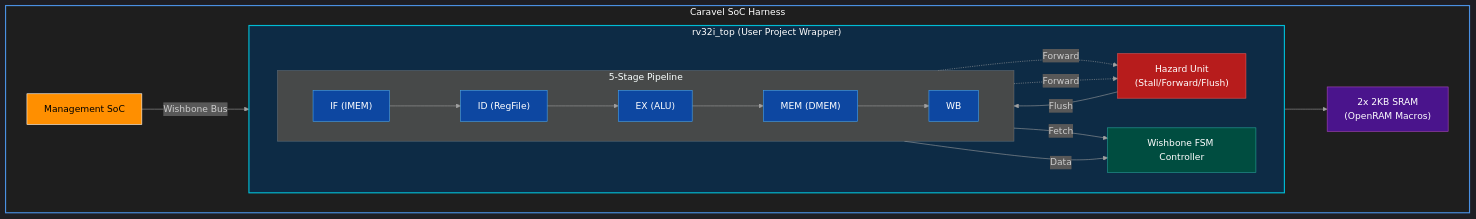
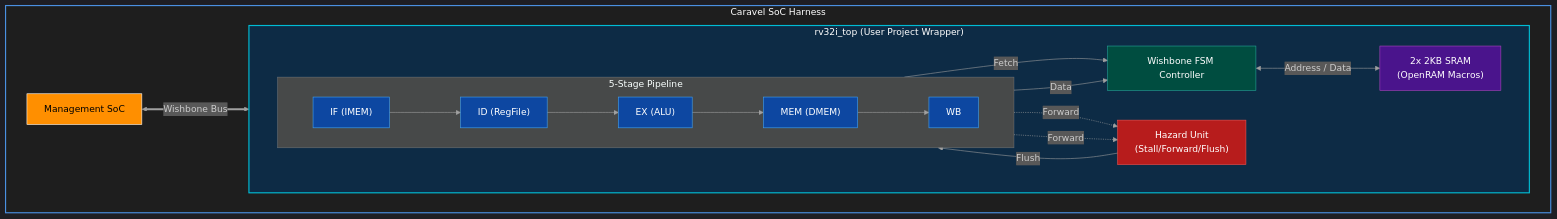
Before and after one commit to dkolhe21/rv32i_5stage: the diagram in README.md, drawn with Mermaid. The commit also changed 1 other file, not shown here.

Commit message:
docs: fix Mermaid diagram to correctly place SRAM macros inside the user project wrapper

````diff
--- a/README.md
+++ b/README.md
@@ -5,48 +5,48 @@
 ```mermaid
 %%{init: { 'theme': 'dark', 'themeVariables': { 'primaryColor': '#1a1a2e', 'primaryTextColor': '#e0e0e0', 'primaryBorderColor': '#4a90e2', 'lineColor': '#a0a0a0', 'secondaryColor': '#16213e', 'tertiaryColor': '#0f3460' } } }%%
 flowchart TB
     subgraph Caravel["Caravel SoC Harness"]
         MgmtSoC["Management SoC"]
         
         subgraph Wrapper["rv32i_top (User Project Wrapper)"]
             direction LR
             subgraph Pipeline["5-Stage Pipeline"]
                 direction LR
                 IF["IF (IMEM)"] --> ID["ID (RegFile)"] --> EX["EX (ALU)"] --> MEM["MEM (DMEM)"] --> WB["WB"]
             end
             
             Hazard["Hazard Unit<br>(Stall/Forward/Flush)"]
             WbFSM["Wishbone FSM Controller"]
             
             %% Control & Data Flow inside Wrapper
             Hazard -->|Flush| IF
             EX -.->|Forward| Hazard
             WB -.->|Forward| Hazard
             IF -->|Fetch| WbFSM
             MEM -->|Data| WbFSM
+            
+            SRAM["2x 2KB SRAM<br>(OpenRAM Macros)"]
+            WbFSM <-->|Address / Data| SRAM
         end
 
-        SRAM["2x 2KB SRAM<br>(OpenRAM Macros)"]
-        
         %% External Connections
-        MgmtSoC -->|Wishbone Bus| WbFSM
-        WbFSM --> SRAM
+        MgmtSoC <==>|Wishbone Bus| WbFSM
     end
 
     %% Colour Definitions (Dark Mode Optimized)
     classDef mgmt fill:#ff8f00,color:#000,stroke:#fff;
     classDef pipe fill:#0d47a1,color:#fff,stroke:#42a5f5;
     classDef hazard fill:#b71c1c,color:#fff,stroke:#ef5350;
     classDef sram fill:#4a148c,color:#fff,stroke:#ab47bc;
     classDef fsm fill:#004d40,color:#fff,stroke:#26a69a;
     classDef harness fill:#1e1e1e,color:#fff,stroke:#4a90e2,stroke-width:2px;
     classDef wrapper fill:#0d2b45,color:#fff,stroke:#00bcd4,stroke-width:2px;
 
     class MgmtSoC mgmt;
     class IF,ID,EX,MEM,WB pipe;
     class Hazard hazard;
     class SRAM sram;
     class WbFSM fsm;
     class Caravel harness;
     class Wrapper wrapper;
 ```
````
